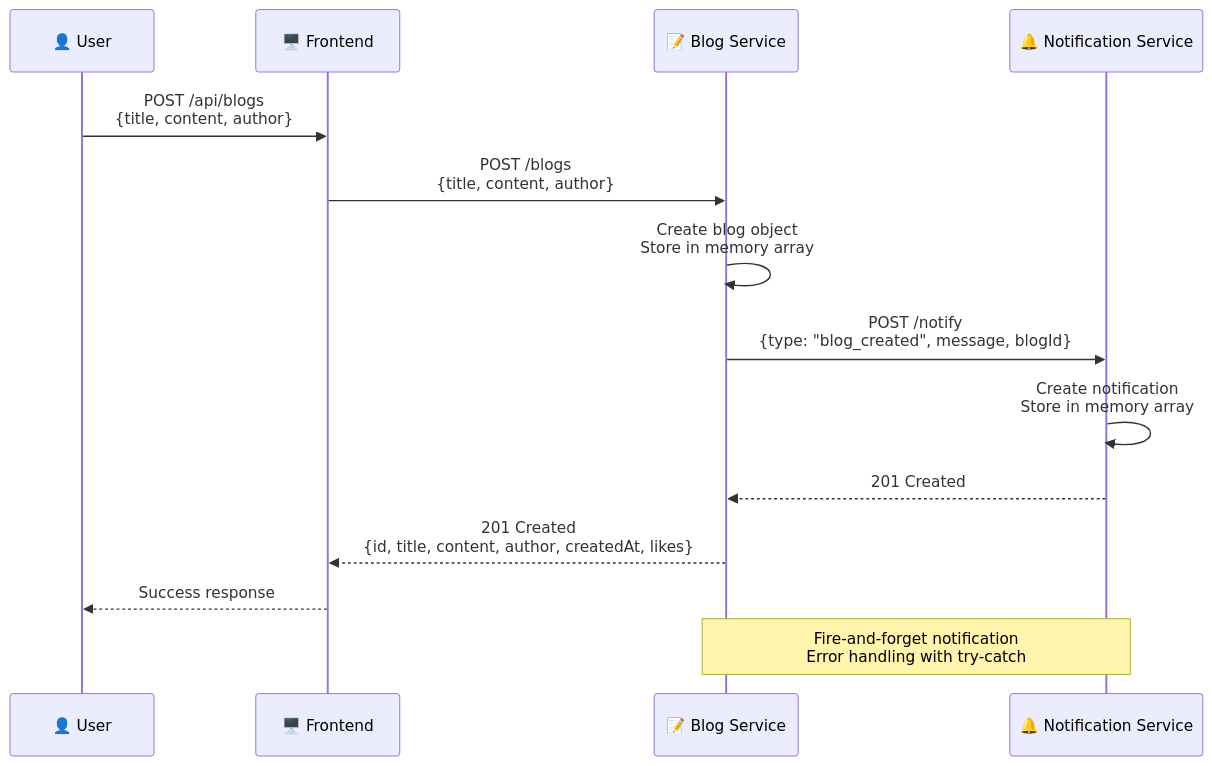
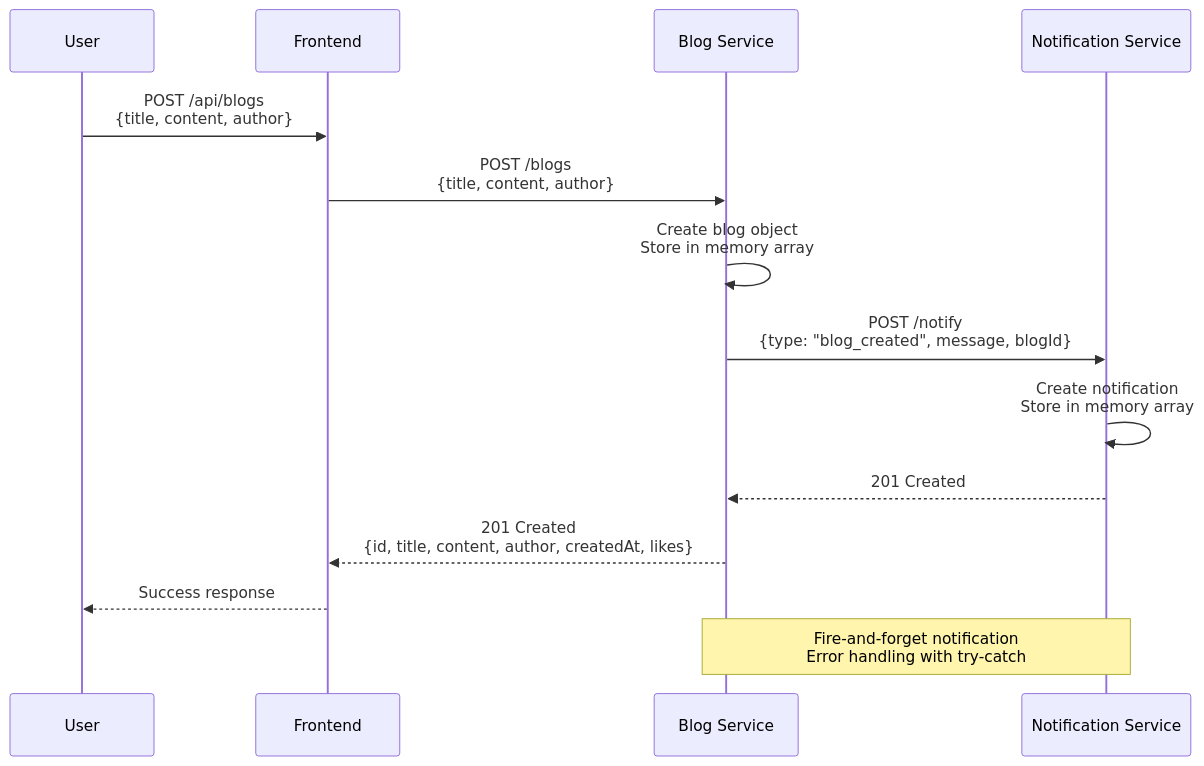
One commit to vvt911/blog-microservices changed the second of 9 diagrams in docs/architecture-diagrams.md. Above: the diagram before and after it, drawn with Mermaid. The commit also changed other lines of this file, not shown here.

````diff
--- a/docs/architecture-diagrams.md
+++ b/docs/architecture-diagrams.md
@@ -102,18 +102,18 @@
 ```mermaid
 sequenceDiagram
-    participant U as 👤 User
-    participant F as 🖥️ Frontend
-    participant B as 📝 Blog Service
-    participant N as 🔔 Notification Service
+    participant U as User
+    participant F as Frontend
+    participant B as Blog Service
+    participant N as Notification Service
     
     U->>F: POST /api/blogs<br/>{title, content, author}
     F->>B: POST /blogs<br/>{title, content, author}
     B->>B: Create blog object<br/>Store in memory array
     B->>N: POST /notify<br/>{type: "blog_created", message, blogId}
     N->>N: Create notification<br/>Store in memory array
     N-->>B: 201 Created
     B-->>F: 201 Created<br/>{id, title, content, author, createdAt, likes}
     F-->>U: Success response
     
     Note over B,N: Fire-and-forget notification<br/>Error handling with try-catch
 ```
````
